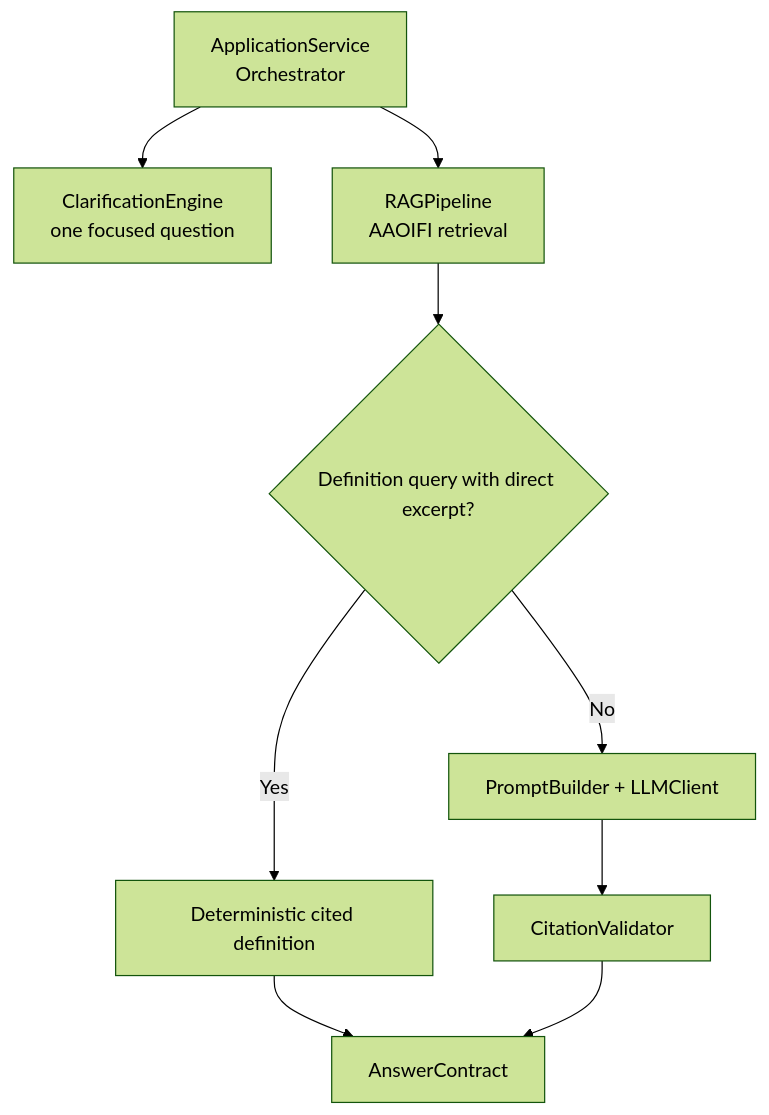
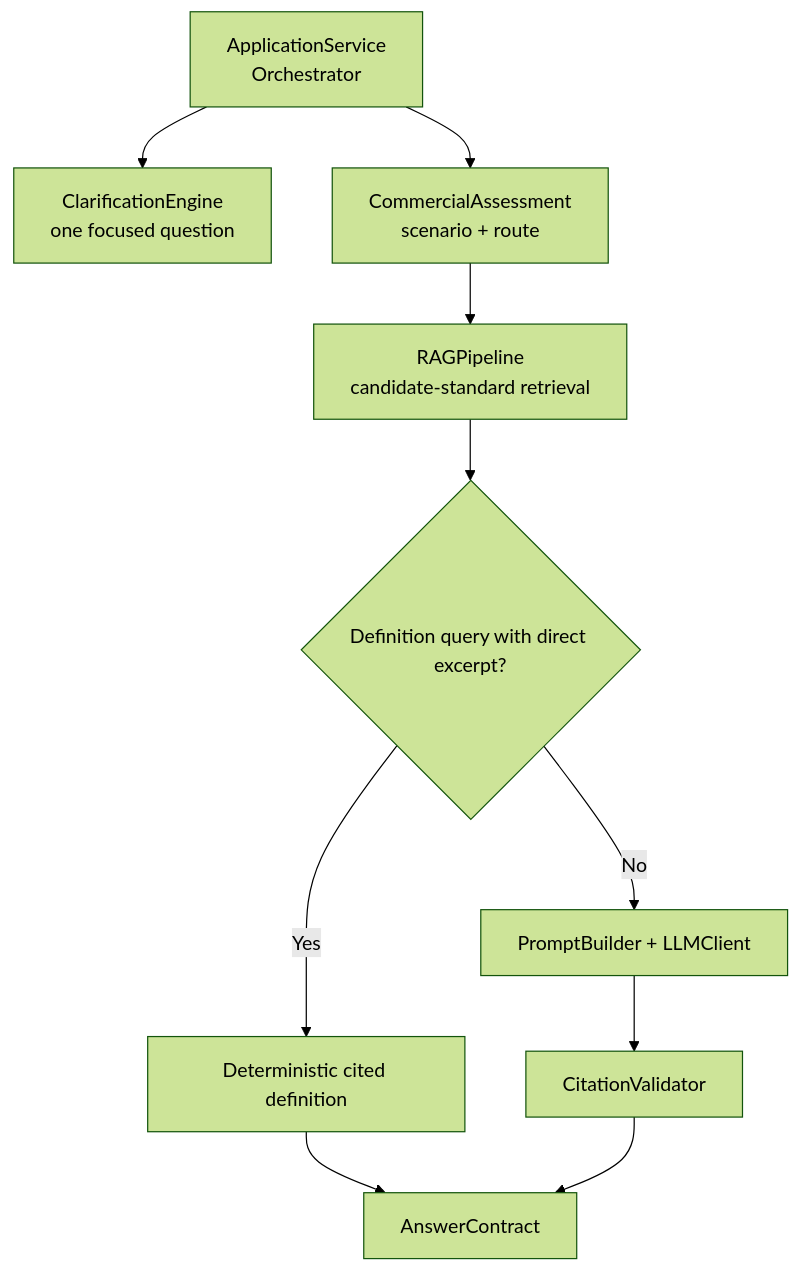
The first of 2 diagrams in .planning/sharia-compliance-chatbot/docs/chatbot-architecture.md (AhmedTElKodsh/Mushir-Sharia-Bot), drawn with Mermaid (forest theme) before and after one commit. The commit also changed other lines of this file and 42 other files, not shown here.

````diff
--- a/.planning/sharia-compliance-chatbot/docs/chatbot-architecture.md
+++ b/.planning/sharia-compliance-chatbot/docs/chatbot-architecture.md
@@ -11,11 +13,12 @@
 ```mermaid
 flowchart TD
     A["ApplicationService<br/>Orchestrator"] --> B["ClarificationEngine<br/>one focused question"]
-    A --> C["RAGPipeline<br/>AAOIFI retrieval"]
+    A --> R["CommercialAssessment<br/>scenario + route"]
+    R --> C["RAGPipeline<br/>candidate-standard retrieval"]
     C --> D{"Definition query with direct excerpt?"}
     D -- "Yes" --> E["Deterministic cited definition"]
     D -- "No" --> F["PromptBuilder + LLMClient"]
     F --> G["CitationValidator"]
     E --> H["AnswerContract"]
     G --> H
 ```
````
